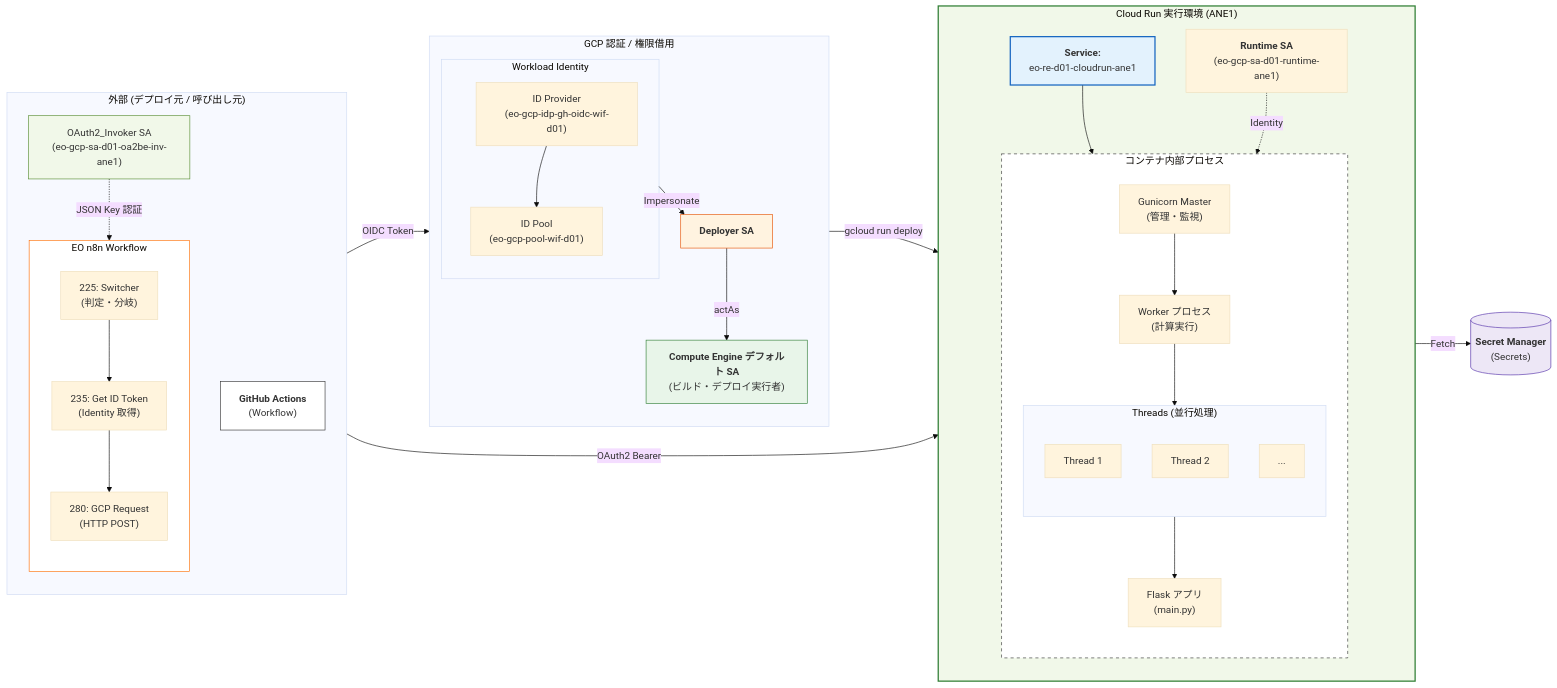
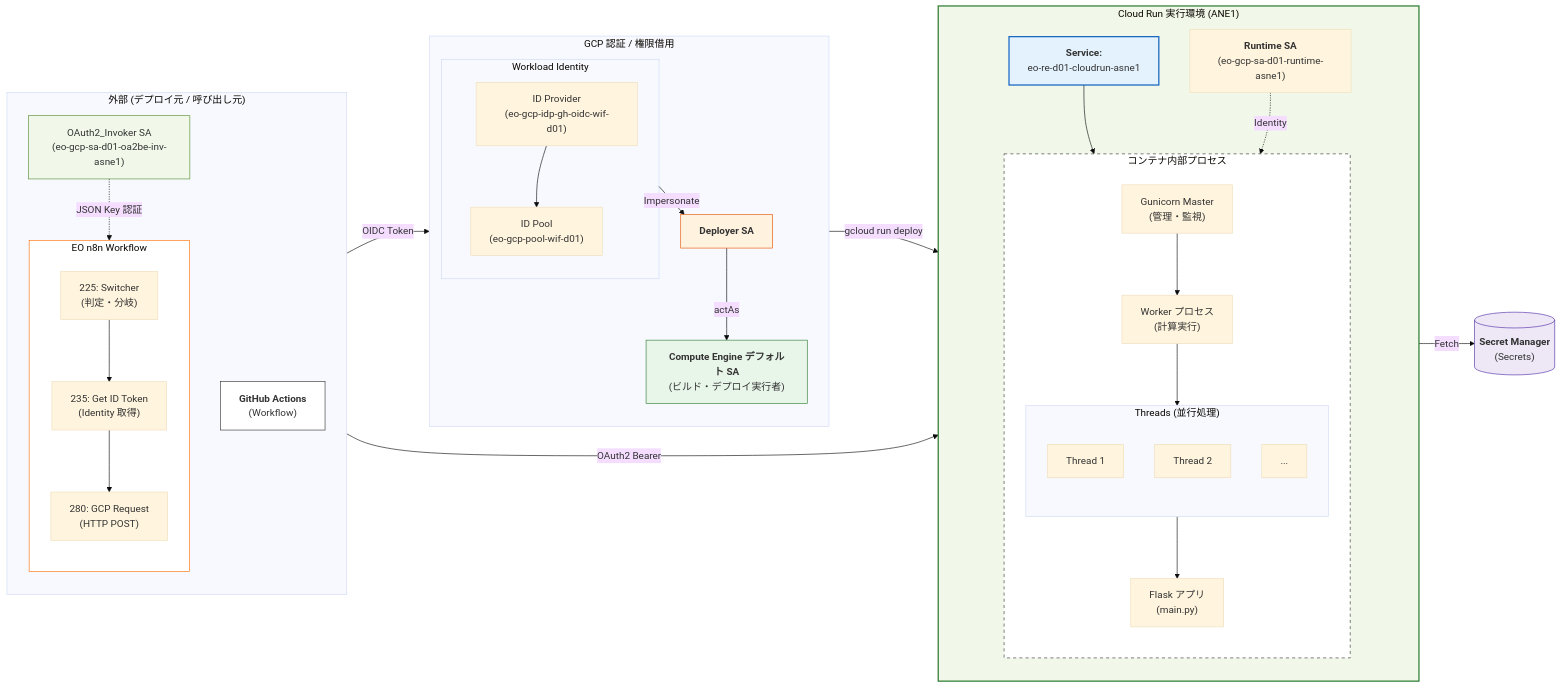
The diagram in EO_Documents/Manuals/py/CloudRun_README.md (Masamasamasashito/EdgeOptimizer), drawn with Mermaid (base theme) before and after one commit. The commit also changed other lines of this file and 41 other files, not shown here.

````diff
--- a/EO_Documents/Manuals/py/CloudRun_README.md
+++ b/EO_Documents/Manuals/py/CloudRun_README.md
@@ -992,79 +992,79 @@
 ```mermaid
 flowchart LR
     %% External Systems
     subgraph External ["外部 (デプロイ元 / 呼び出し元)"]
         direction TB
         GHA["<b>GitHub Actions</b><br/>(Workflow)"]
         
         subgraph n8n_Block ["EO n8n Workflow"]
             direction TB
             N225["225: Switcher<br/>(判定・分岐)"]
             N235["235: Get ID Token<br/>(Identity 取得)"]
             N280["280: GCP Request<br/>(HTTP POST)"]
             
             N225 --> N235 --> N280
         end
         
-        SAO["OAuth2_Invoker SA<br/>(eo-gcp-sa-d01-oa2be-inv-ane1)"]
+        SAO["OAuth2_Invoker SA<br/>(eo-gcp-sa-d01-oa2be-inv-asne1)"]
         SAO -.->|JSON Key 認証| N235
     end
 
     %% Auth Layer
     subgraph Auth ["GCP 認証 / 権限借用"]
         direction TB
         subgraph WIF ["Workload Identity"]
             IDP["ID Provider<br/>(eo-gcp-idp-gh-oidc-wif-d01)"] --> Pool["ID Pool<br/>(eo-gcp-pool-wif-d01)"]
         end
         SAD["<b>Deployer SA</b>"]
         SACE["<b>Compute Engine デフォルト SA</b><br/>(ビルド・デプロイ実行者)"]
         WIF -->|Impersonate| SAD
         SAD -->|actAs| SACE
     end
 
     %% Cloud Run Environment
     subgraph RunEnv ["Cloud Run 実行環境 (ANE1)"]
         direction TB
-        ServiceNode["<b>Service:</b><br/>eo-re-d01-cloudrun-ane1"]
+        ServiceNode["<b>Service:</b><br/>eo-re-d01-cloudrun-asne1"]
         
         subgraph Container ["コンテナ内部プロセス"]
             direction TB
             Master["Gunicorn Master<br/>(管理・監視)"]
             Worker["Worker プロセス<br/>(計算実行)"]
             
             subgraph Concurrency ["Threads (並行処理)"]
                 direction TB
                 T1["Thread 1"]
                 T2["Thread 2"]
                 T3["..."]
             end
             
             Master --> Worker
             Worker --> Concurrency
             Concurrency --> Flask["Flask アプリ<br/>(main.py)"]
         end
         
-        SAR["<b>Runtime SA</b><br/>(eo-gcp-sa-d01-runtime-ane1)"]
+        SAR["<b>Runtime SA</b><br/>(eo-gcp-sa-d01-runtime-asne1)"]
         ServiceNode --> Master
         SAR -.->|Identity| Master
     end
 
     %% Services
     SecretMng[("<b>Secret Manager</b><br/>(Secrets)")]
 
     %% Main Flows
     GHA -->|OIDC Token| IDP
     SACE -->|gcloud run deploy| ServiceNode
     N280 -->|OAuth2 Bearer| ServiceNode
     Flask -->|Fetch| SecretMng
 
     %% Styling
     style RunEnv fill:#f1f8e9,stroke:#2e7d32,stroke-width:2px
     style Container fill:#fff,stroke:#333,stroke-dasharray: 5 5
     style ServiceNode fill:#e3f2fd,stroke:#1565c0,stroke-width:2px
     style SAD fill:#fff3e0,stroke:#e65100
     style SACE fill:#e8f5e9,stroke:#2e7d32
     style SAO fill:#f1f8e9,stroke:#558b2f
     style SecretMng fill:#ede7f6,stroke:#512da8
     style n8n_Block fill:#fff,stroke:#ff6d00
     style GHA fill:#fff,stroke:#333
 ```
````
